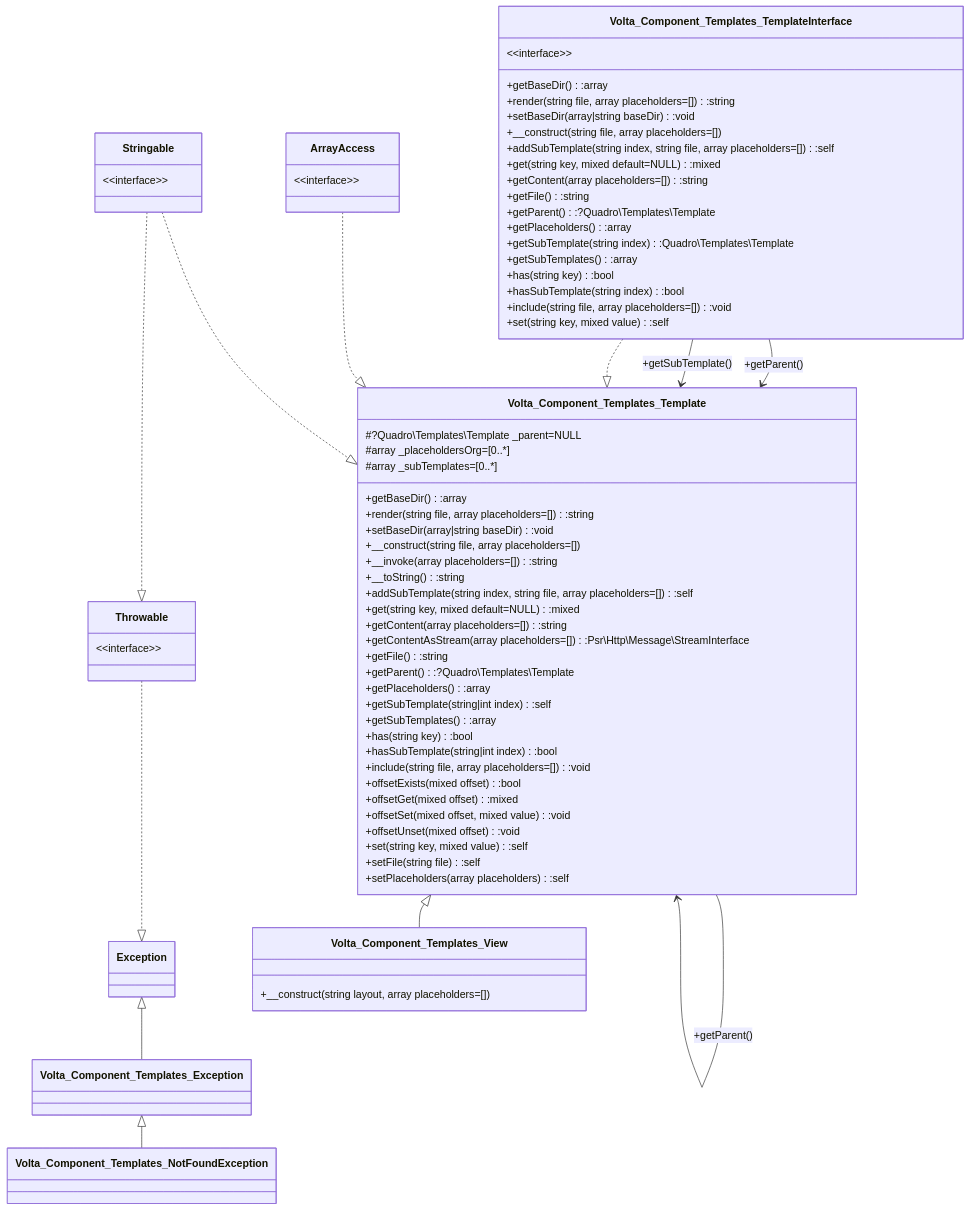
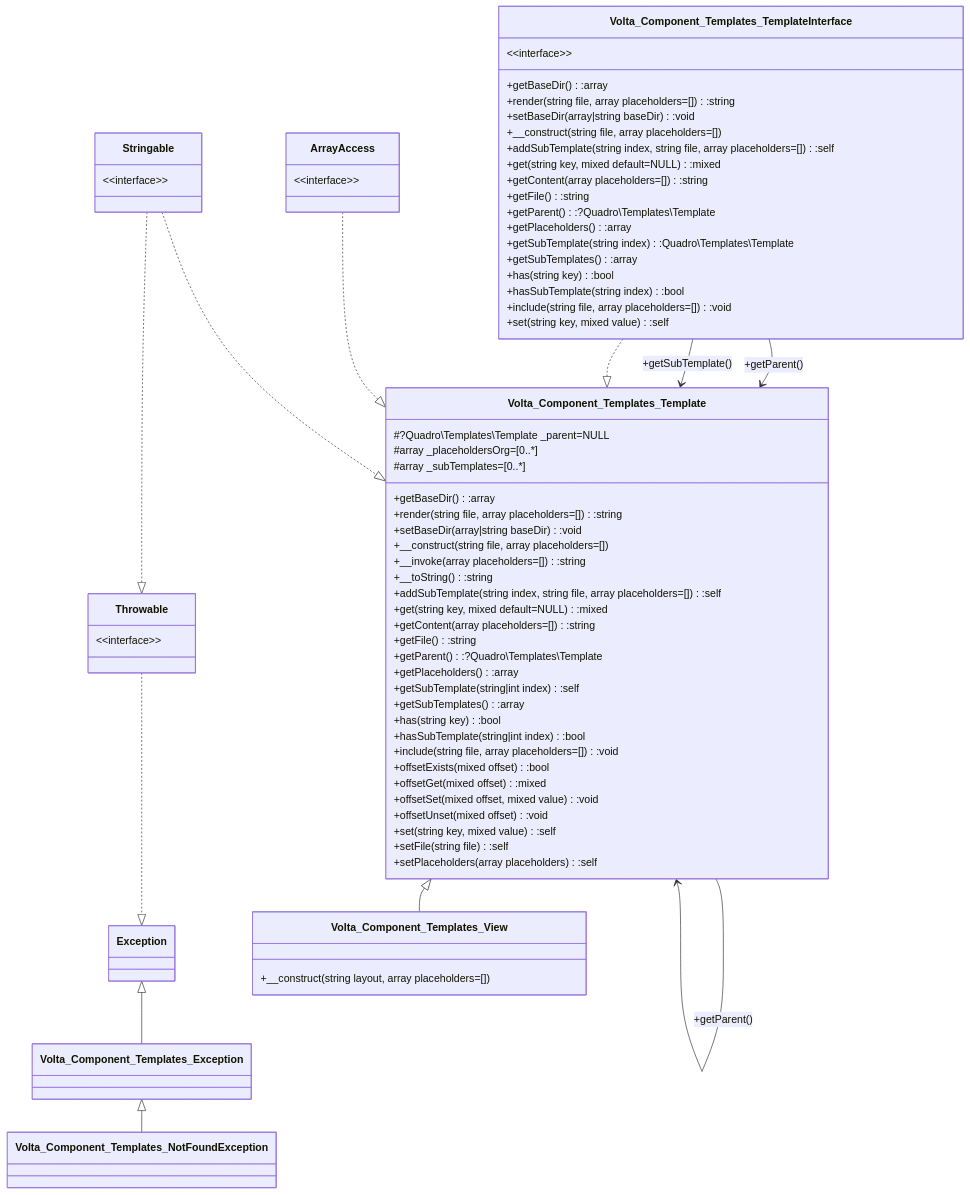
The diagram in README.md (volta-framework/component-template), drawn with Mermaid before and after one commit.

````diff
--- a/README.md
+++ b/README.md
@@ -59,79 +59,78 @@
 ```mermaid
 classDiagram
     class Volta_Component_Templates_Exception
     Exception<|--Volta_Component_Templates_Exception
     class Exception
     class Stringable {
          	&lt;&lt;interface&gt;&gt;
     }
     class Throwable {
          	&lt;&lt;interface&gt;&gt;
     }
     Stringable..|>Throwable
     Throwable..|>Exception
     class Volta_Component_Templates_NotFoundException
     Volta_Component_Templates_Exception<|--Volta_Component_Templates_NotFoundException
     class Volta_Component_Templates_Template {
         #?Quadro\Templates\Template _parent=NULL
         #array _placeholdersOrg=[0..*]
         #array _subTemplates=[0..*]
         +getBaseDir():array
         +render(string file, array placeholders=[]):string
         +setBaseDir(array|string baseDir):void
         +__construct(string file, array placeholders=[])
         +__invoke(array placeholders=[]):string
         +__toString():string
         +addSubTemplate(string index, string file, array placeholders=[]):self
         +get(string key, mixed default=NULL):mixed
-        +getContent(array placeholders=[]):string
-        +getContentAsStream(array placeholders=[]):Psr\Http\Message\StreamInterface
+        +getContent(array placeholders=[]):string      
         +getFile():string
         +getParent():?Quadro\Templates\Template
         +getPlaceholders():array
         +getSubTemplate(string|int index):self
         +getSubTemplates():array
         +has(string key):bool
         +hasSubTemplate(string|int index):bool
         +include(string file, array placeholders=[]):void
         +offsetExists(mixed offset):bool
         +offsetGet(mixed offset):mixed
         +offsetSet(mixed offset, mixed value):void
         +offsetUnset(mixed offset):void
         +set(string key, mixed value):self
         +setFile(string file):self
         +setPlaceholders(array placeholders):self
     }
     Volta_Component_Templates_Template *-- Volta_Component_Templates_Template : #_parent=NULL 
     Volta_Component_Templates_Template --> Volta_Component_Templates_Template : +getParent()
     class Volta_Component_Templates_TemplateInterface {
          	&lt;&lt;interface&gt;&gt;
         +getBaseDir():array
         +render(string file, array placeholders=[]):string
         +setBaseDir(array|string baseDir):void
         +__construct(string file, array placeholders=[])
         +addSubTemplate(string index, string file, array placeholders=[]):self
         +get(string key, mixed default=NULL):mixed
         +getContent(array placeholders=[]):string
         +getFile():string
         +getParent():?Quadro\Templates\Template
         +getPlaceholders():array
         +getSubTemplate(string index):Quadro\Templates\Template
         +getSubTemplates():array
         +has(string key):bool
         +hasSubTemplate(string index):bool
         +include(string file, array placeholders=[]):void
         +set(string key, mixed value):self
     }
     Volta_Component_Templates_TemplateInterface --> Volta_Component_Templates_Template : +getParent()
     Volta_Component_Templates_TemplateInterface --> Volta_Component_Templates_Template : +getSubTemplate()
     Volta_Component_Templates_TemplateInterface..|>Volta_Component_Templates_Template
     class ArrayAccess {
          	&lt;&lt;interface&gt;&gt;
     }
     ArrayAccess..|>Volta_Component_Templates_Template
     Stringable..|>Volta_Component_Templates_Template
     class Volta_Component_Templates_View {
         +__construct(string layout, array placeholders=[])
     }
     Volta_Component_Templates_Template<|--Volta_Component_Templates_View
 ```
````
